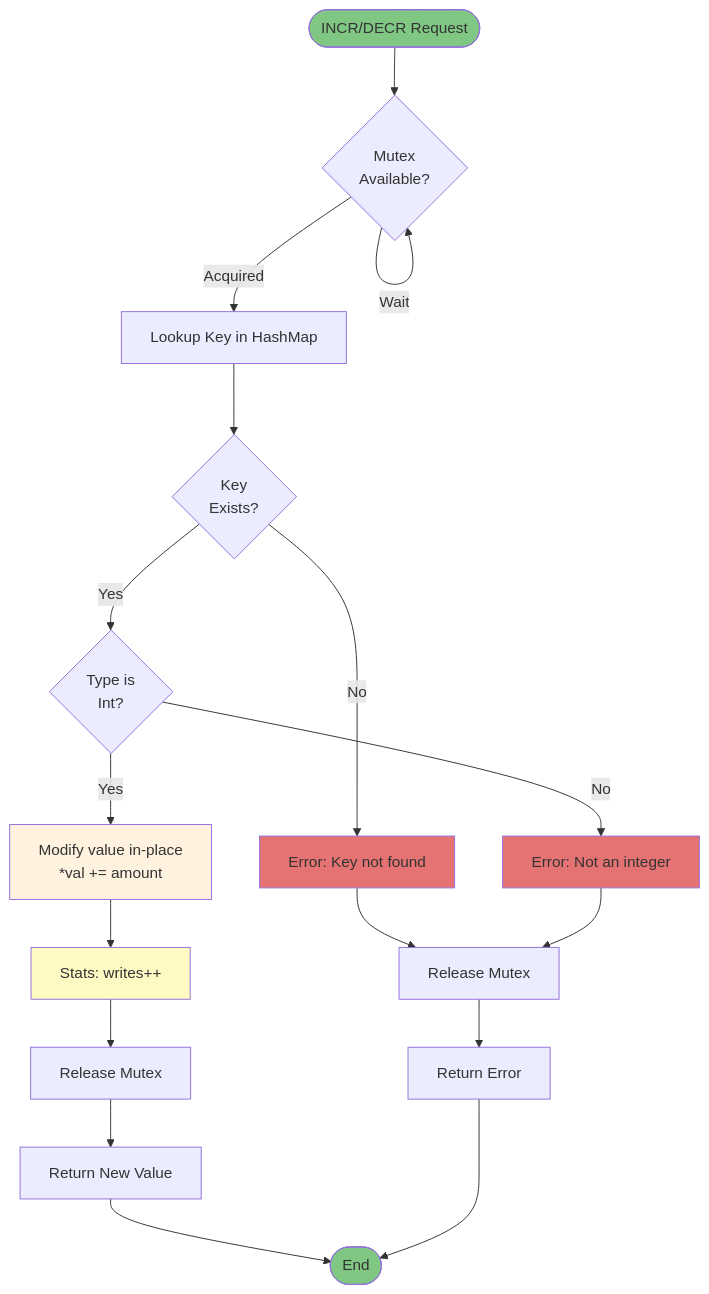
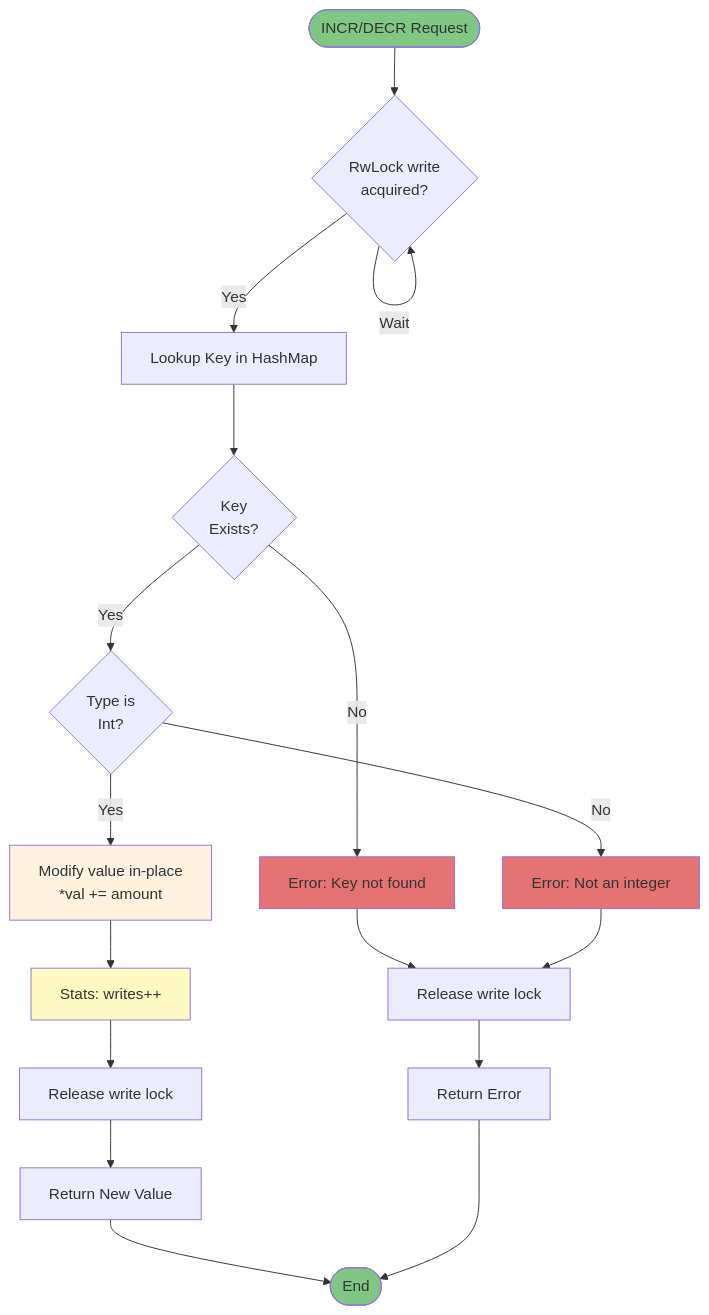
Before and after one commit to shubhamsugara22/daikon: the fifth of 12 diagrams in ARCHITECTURE.md, drawn with Mermaid. The commit also changed other lines of this file and 3 other files, not shown here.

````diff
--- a/ARCHITECTURE.md
+++ b/ARCHITECTURE.md
@@ -163,31 +163,31 @@
 ```mermaid
 flowchart TD
-    START([INCR/DECR Request]) --> LOCK{Mutex<br/>Available?}
+    START([INCR/DECR Request]) --> LOCK{RwLock write<br/>acquired?}
     LOCK -->|Wait| LOCK
-    LOCK -->|Acquired| LOOKUP[Lookup Key in HashMap]
+    LOCK -->|Yes| LOOKUP[Lookup Key in HashMap]
     
     LOOKUP --> EXISTS{Key<br/>Exists?}
     EXISTS -->|No| ERR1[Error: Key not found]
     EXISTS -->|Yes| CHECK_TYPE{Type is<br/>Int?}
     
     CHECK_TYPE -->|No| ERR2[Error: Not an integer]
     CHECK_TYPE -->|Yes| MODIFY[Modify value in-place<br/>*val += amount]
     
     MODIFY --> UPDATE_STATS[Stats: writes++]
-    UPDATE_STATS --> RELEASE[Release Mutex]
+    UPDATE_STATS --> RELEASE[Release write lock]
     RELEASE --> RETURN_NEW[Return New Value]
     
-    ERR1 --> RELEASE_ERR[Release Mutex]
+    ERR1 --> RELEASE_ERR[Release write lock]
     ERR2 --> RELEASE_ERR
     RELEASE_ERR --> RETURN_ERR[Return Error]
     
     RETURN_NEW --> END([End])
     RETURN_ERR --> END
 
     style START fill:#81c784
     style END fill:#81c784
     style ERR1 fill:#e57373
     style ERR2 fill:#e57373
     style MODIFY fill:#fff3e0
     style UPDATE_STATS fill:#fff9c4
 ```
````
